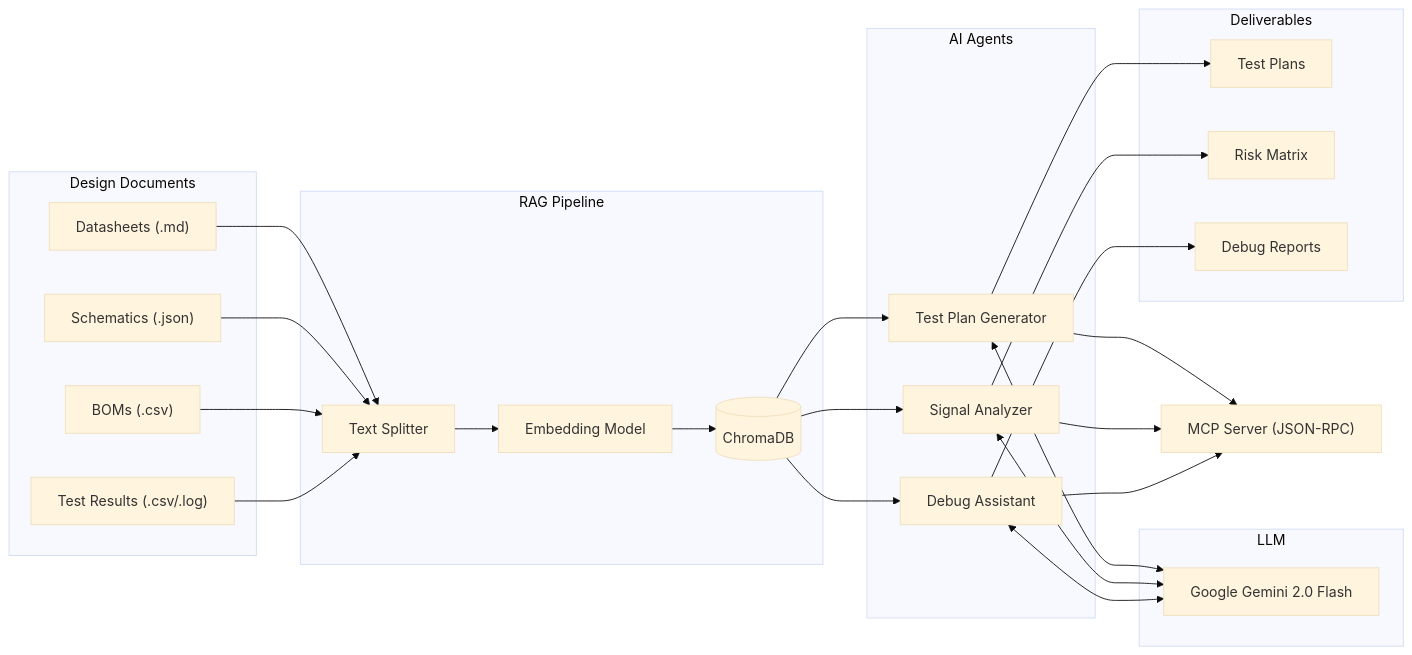
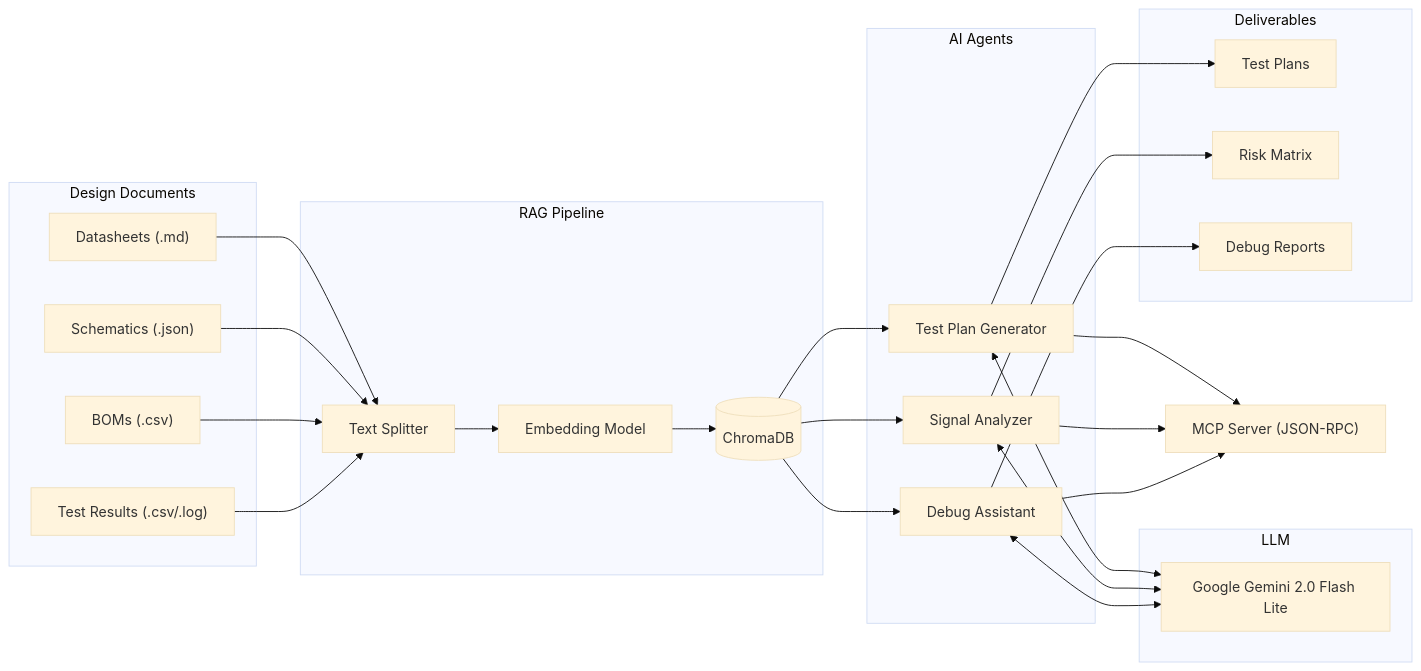
One commit to 22MIS1157/moog-test-ai changed the diagram in README.md. Above: the diagram before and after it, drawn with Mermaid (base theme). The commit also changed other lines of this file and 10 other files, not shown here.

Commit message:
Enhance model error handling, update README/docs references to gemini-2.0-flash-lite, add demo sample outputs

````diff
--- a/README.md
+++ b/README.md
@@ -9,39 +9,39 @@
 ```mermaid
 flowchart LR
     subgraph Input["Design Documents"]
         A1["Datasheets (.md)"]
         A2["Schematics (.json)"]
         A3["BOMs (.csv)"]
         A4["Test Results (.csv/.log)"]
     end
 
     subgraph RAG["RAG Pipeline"]
         B1["Text Splitter"]
         B2["Embedding Model"]
         B3[("ChromaDB")]
     end
 
     subgraph Agents["AI Agents"]
         C1["Test Plan Generator"]
         C2["Signal Analyzer"]
         C3["Debug Assistant"]
     end
 
     subgraph LLM["LLM"]
-        D1["Google Gemini 2.0 Flash"]
+        D1["Google Gemini 2.0 Flash Lite"]
     end
 
     subgraph Output["Deliverables"]
         E1["Test Plans"]
         E2["Risk Matrix"]
         E3["Debug Reports"]
     end
 
     A1 & A2 & A3 & A4 --> B1 --> B2 --> B3
     B3 --> C1 & C2 & C3
     C1 & C2 & C3 <--> D1
     C1 --> E1
     C2 --> E2
     C3 --> E3
     C1 & C2 & C3 --> F1["MCP Server (JSON-RPC)"]
 ```
````
